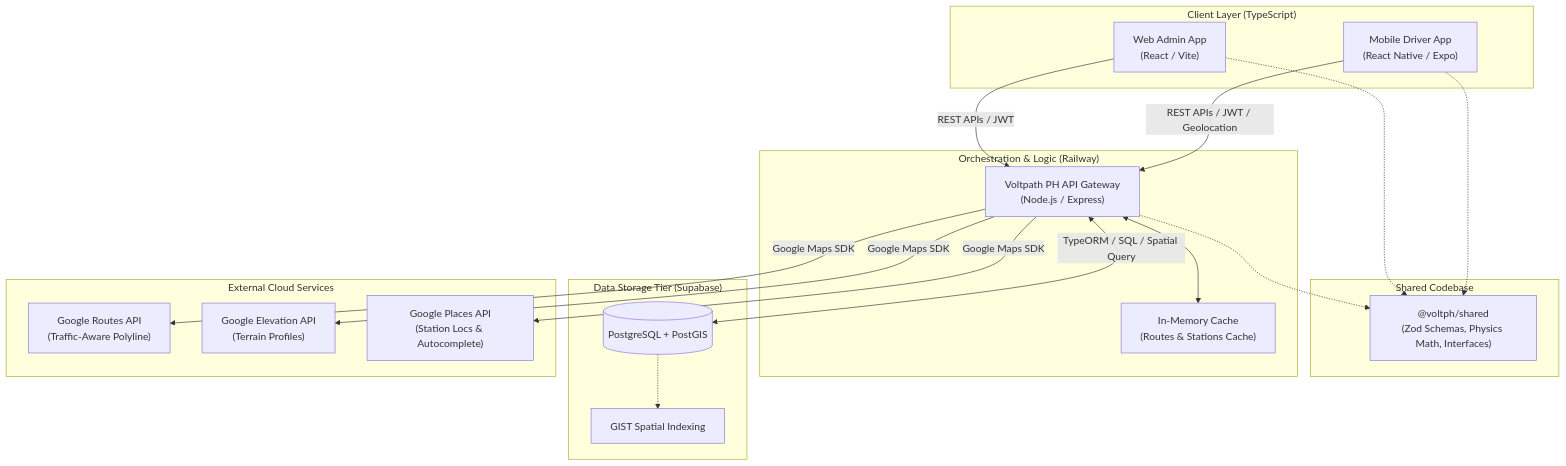
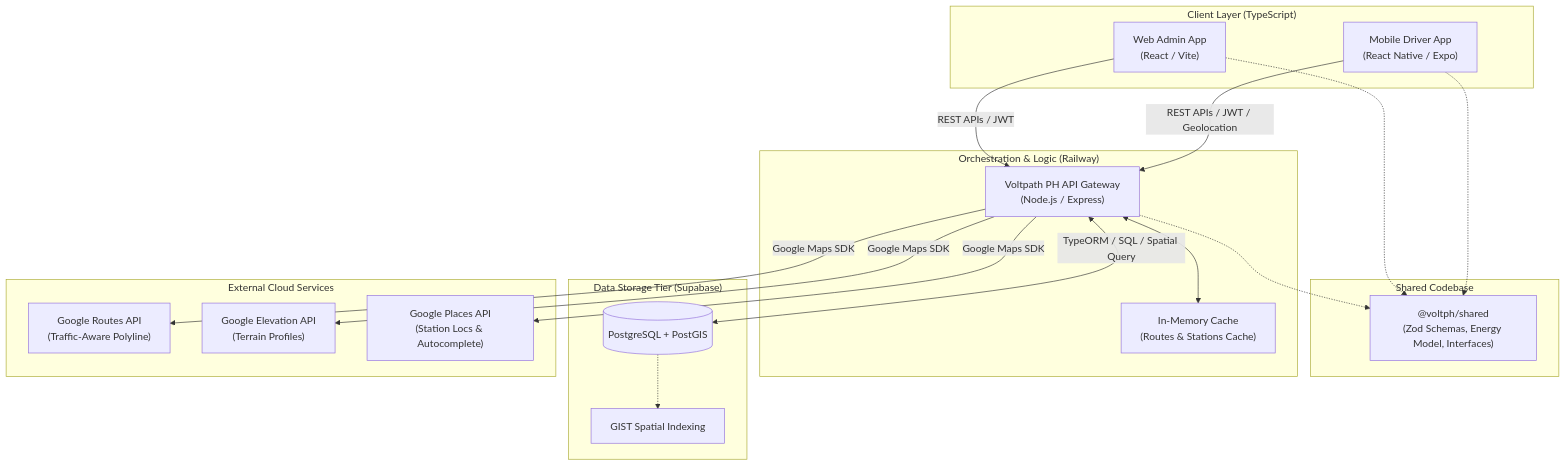
The first of 3 diagrams in docs/ARCHITECTURE.md (Team-Kaizen-MMDC/voltpathph), drawn with Mermaid before and after one commit. The commit also changed other lines of this file and 3 other files, not shown here.

````diff
--- a/docs/ARCHITECTURE.md
+++ b/docs/ARCHITECTURE.md
@@ -9,46 +9,46 @@
 ```mermaid
 graph TB
     subgraph Clients ["Client Layer (TypeScript)"]
         Web["Web Admin App<br/>(React / Vite)"]
         Mobile["Mobile Driver App<br/>(React Native / Expo)"]
     end
 
     subgraph Packages ["Shared Codebase"]
-        Shared["@voltph/shared<br/>(Zod Schemas, Physics Math, Interfaces)"]
+        Shared["@voltph/shared<br/>(Zod Schemas, Energy Model, Interfaces)"]
     end
 
     subgraph Infrastructure ["Orchestration & Logic (Railway)"]
         API["Voltpath PH API Gateway<br/>(Node.js / Express)"]
         Cache["In-Memory Cache<br/>(Routes & Stations Cache)"]
     end
 
     subgraph Data ["Data Storage Tier (Supabase)"]
         DB[(PostgreSQL + PostGIS)]
         SpatialIndex[GIST Spatial Indexing]
     end
 
     subgraph Cloud ["External Cloud Services"]
         G_Routes["Google Routes API<br/>(Traffic-Aware Polyline)"]
         G_Elevation["Google Elevation API<br/>(Terrain Profiles)"]
         G_Places["Google Places API<br/>(Station Locs & Autocomplete)"]
     end
 
     %% Client associations
     Web -.-> Shared
     Mobile -.-> Shared
     API -.-> Shared
 
     %% Communications
     Web -->|REST APIs / JWT| API
     Mobile -->|REST APIs / JWT / Geolocation| API
 
     %% API Interactions
     API <--> Cache
     API -->|Google Maps SDK| G_Routes
     API -->|Google Maps SDK| G_Elevation
     API -->|Google Maps SDK| G_Places
 
     %% Data Interactions
     API <-->|TypeORM / SQL / Spatial Query| DB
     DB -.-> SpatialIndex
 ```
````
